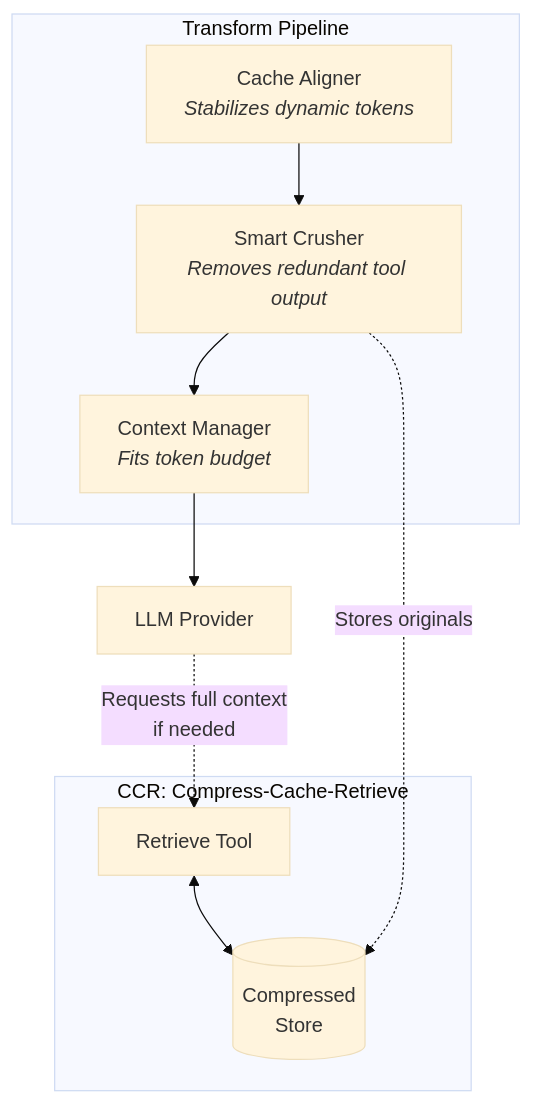
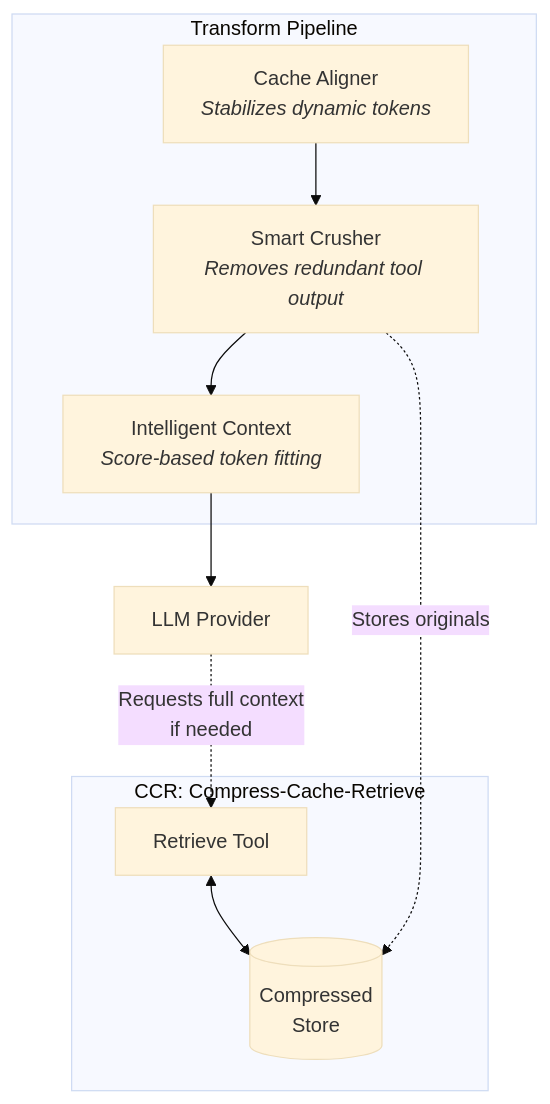
One commit to olek-soft-engineer/head-room changed the second of 2 diagrams in README.md. Above: the diagram before and after it, drawn with Mermaid (base theme). The commit also changed other lines of this file and 1 other file, not shown here.

Commit message:
feat(cli): add IntelligentContext CLI arguments
- Add --no-intelligent-context to disable IntelligentContextManager
- Add --no-intelligent-scoring to disable multi-factor scoring
- Add --no-compress-first to disable compression before dropping
- Update README to reflect IntelligentContext as the default context manager

````diff
--- a/README.md
+++ b/README.md
@@ -143,22 +143,22 @@
 ```mermaid
 flowchart TB
 
 subgraph Pipeline["Transform Pipeline"]
   CA["Cache Aligner<br/><i>Stabilizes dynamic tokens</i>"]
   SC["Smart Crusher<br/><i>Removes redundant tool output</i>"]
-  CM["Context Manager<br/><i>Fits token budget</i>"]
+  CM["Intelligent Context<br/><i>Score-based token fitting</i>"]
   CA --> SC --> CM
 end
 
 subgraph CCR["CCR: Compress-Cache-Retrieve"]
   Store[("Compressed<br/>Store")]
   Tool["Retrieve Tool"]
   Tool <--> Store
 end
 
 LLM["LLM Provider"]
 
 CM --> LLM
 SC -. "Stores originals" .-> Store
 LLM -. "Requests full context<br/>if needed" .-> Tool
 ```
````
